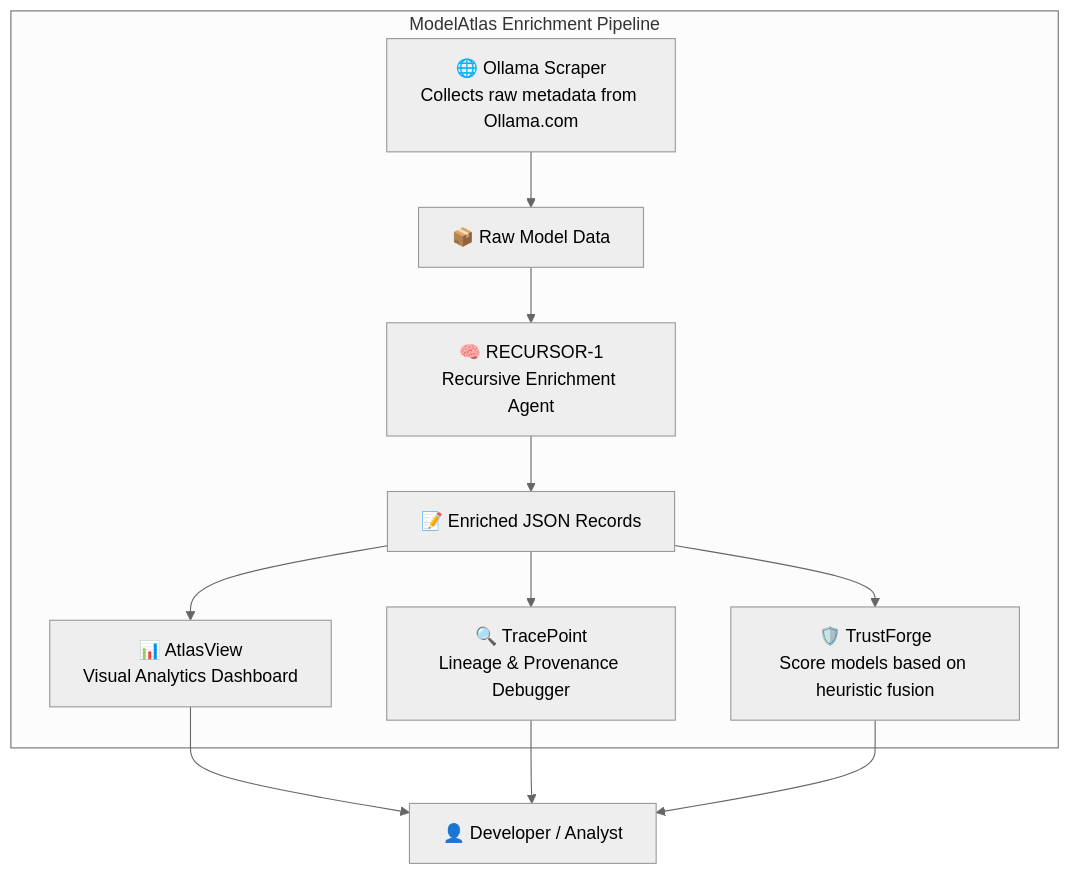
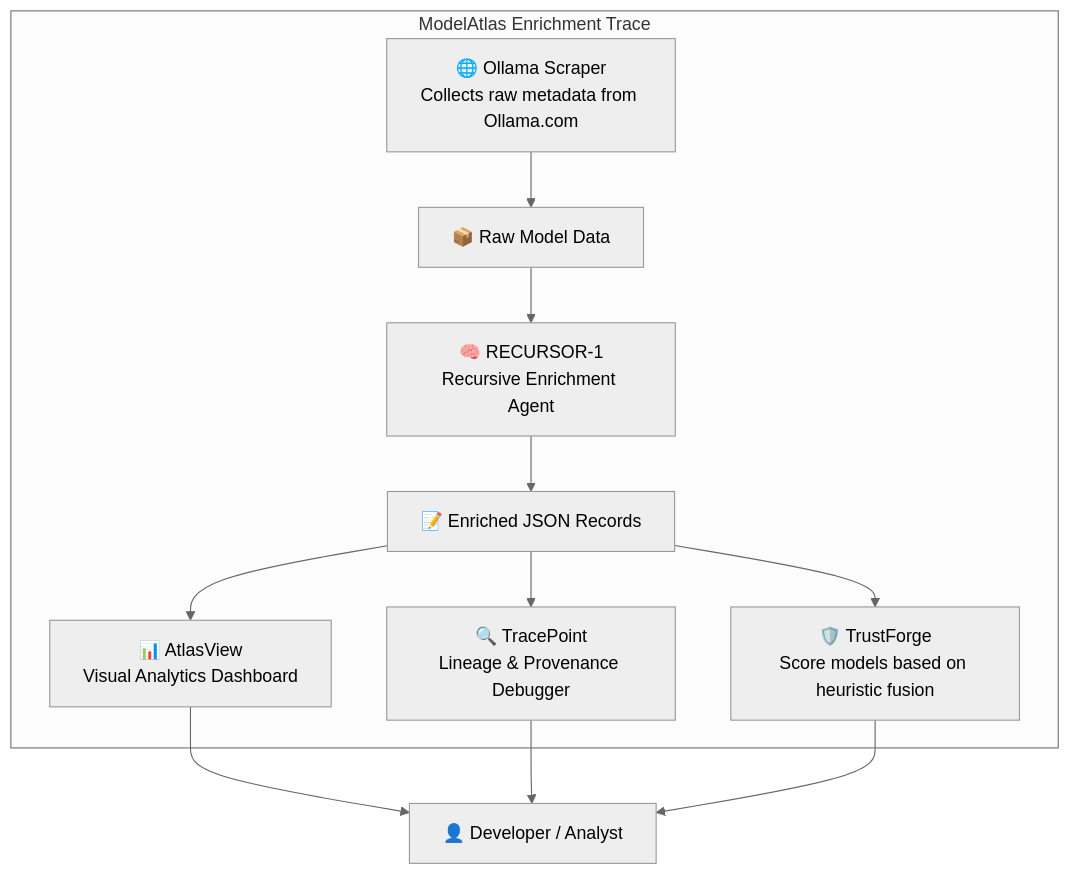
Before and after one commit to adrianwedd/ModelAtlas: the diagram in README.md, drawn with Mermaid (neutral theme). The commit also changed other lines of this file and 19 other files, not shown here.

````diff
--- a/README.md
+++ b/README.md
@@ -18,14 +18,14 @@
 ```mermaid
 flowchart TD
-  subgraph Pipeline [ModelAtlas Enrichment Pipeline]
+  subgraph Trace [ModelAtlas Enrichment Trace]
     A[🌐 Ollama Scraper<br/>Collects raw metadata from Ollama.com] --> B[📦 Raw Model Data]
     B --> C[🧠 RECURSOR-1<br/>Recursive Enrichment Agent]
     C --> D[📝 Enriched JSON Records]
     D --> E[🛡️ TrustForge<br/>Score models based on heuristic fusion]
     D --> F[🔍 TracePoint<br/>Lineage & Provenance Debugger]
     D --> G[📊 AtlasView<br/>Visual Analytics Dashboard]
   end
   G --> H[👤 Developer / Analyst]
   F --> H
   E --> H
 ```
````
